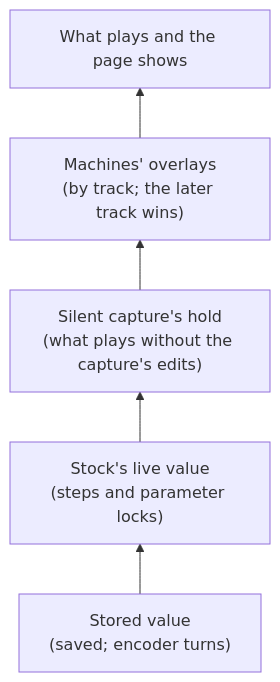
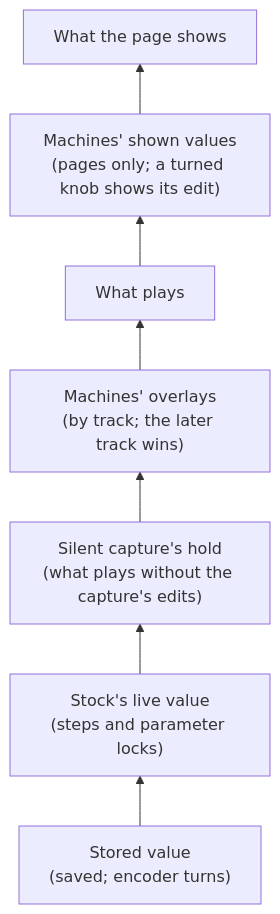
The fifth of 8 diagrams in docs/architecture.md (blen2r/open-xy), drawn with Mermaid before and after one commit. The commit also changed other lines of this file and 4 other files, not shown here.

First line of the commit message:
Track control: shown values, what pages show without changing what plays

````diff
--- a/docs/architecture.md
+++ b/docs/architecture.md
@@ -192,9 +192,11 @@
 ```mermaid
 flowchart BT
     stored["Stored value<br/>(saved; encoder turns)"]
     live["Stock's live value<br/>(steps and parameter locks)"]
     hold["Silent capture's hold<br/>(what plays without the capture's edits)"]
     overlay["Machines' overlays<br/>(by track; the later track wins)"]
-    plays["What plays and the page shows"]
-    stored --> live --> hold --> overlay --> plays
+    plays["What plays"]
+    shown["Machines' shown values<br/>(pages only; a turned knob shows its edit)"]
+    page["What the page shows"]
+    stored --> live --> hold --> overlay --> plays --> shown --> page
 ```
````
